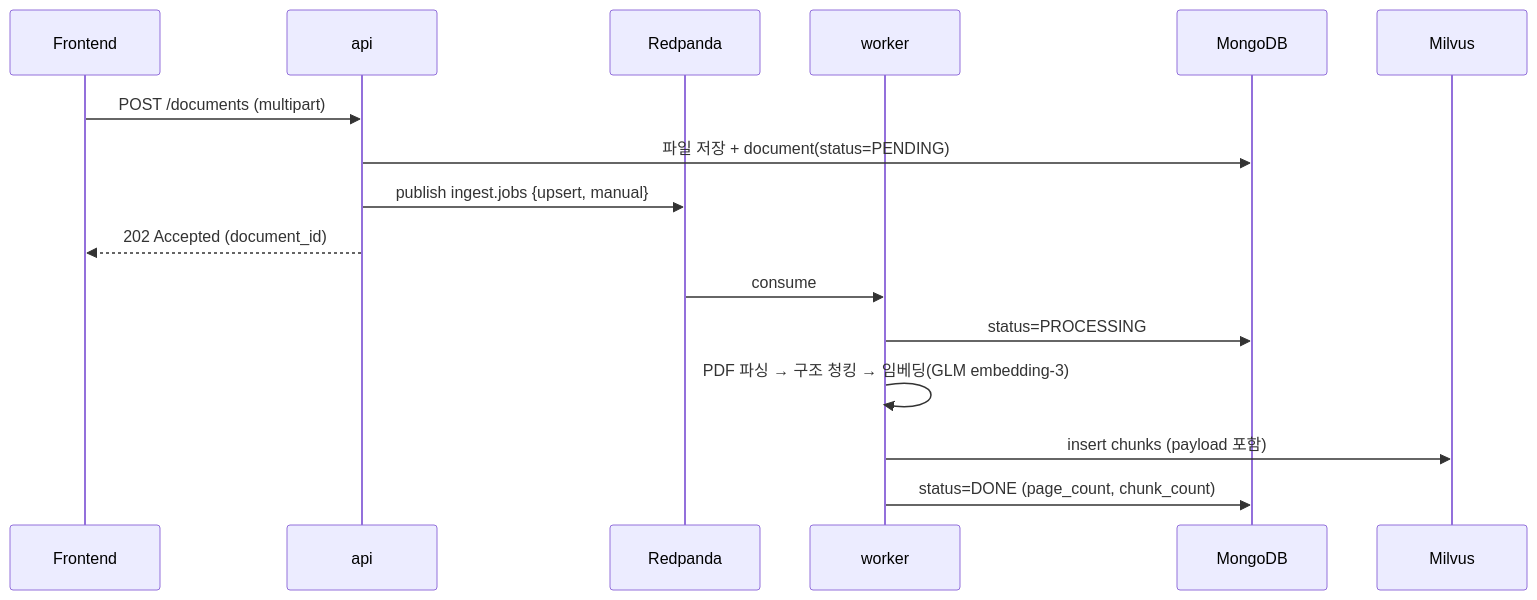
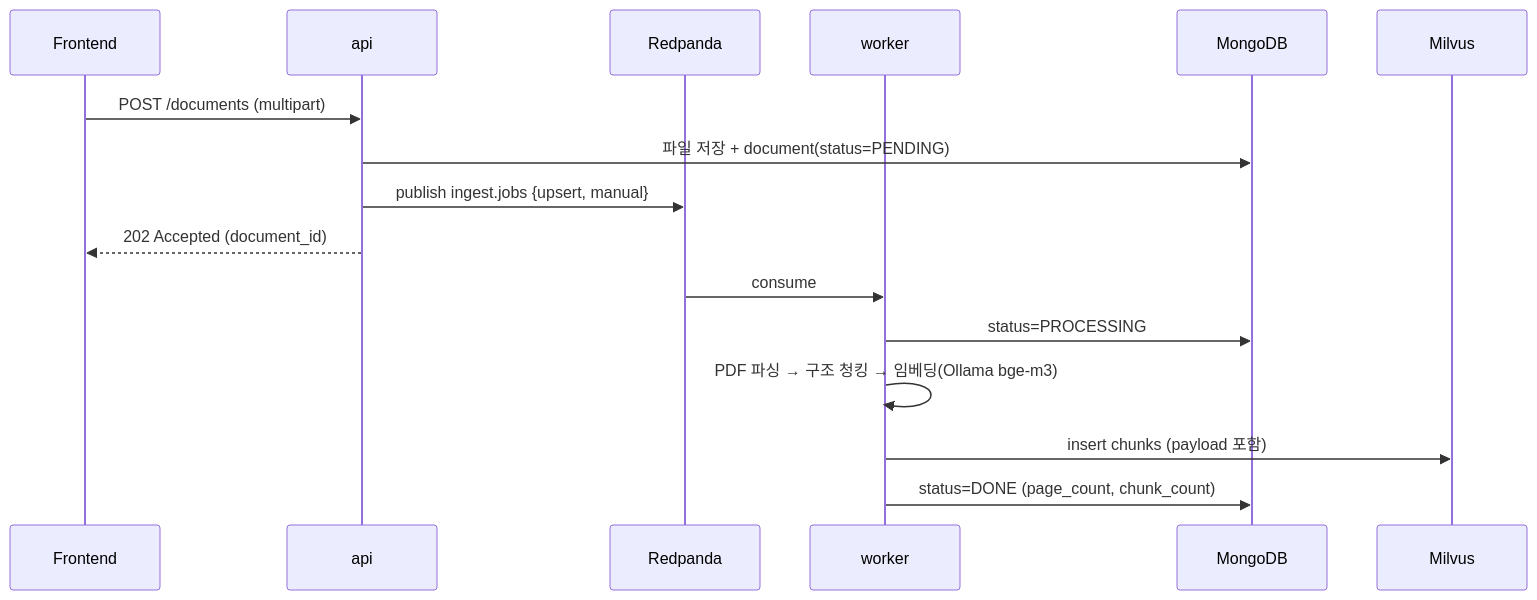
One commit to sosow0212/physical-ai-lab changed the second of 3 diagrams in docs/WORKPLAN.md. Above: the diagram before and after it, drawn with Mermaid. The commit also changed other lines of this file and 35 other files, not shown here.

````diff
--- a/docs/WORKPLAN.md
+++ b/docs/WORKPLAN.md
@@ -105,19 +101,19 @@
 ```mermaid
 sequenceDiagram
   participant UI as Frontend
   participant API as api
   participant K as Redpanda
   participant WK as worker
   participant M as MongoDB
   participant V as Milvus
 
   UI->>API: POST /documents (multipart)
   API->>M: 파일 저장 + document(status=PENDING)
   API->>K: publish ingest.jobs {upsert, manual}
   API-->>UI: 202 Accepted (document_id)
   K->>WK: consume
   WK->>M: status=PROCESSING
-  WK->>WK: PDF 파싱 → 구조 청킹 → 임베딩(GLM embedding-3)
+  WK->>WK: PDF 파싱 → 구조 청킹 → 임베딩(Ollama bge-m3)
   WK->>V: insert chunks (payload 포함)
   WK->>M: status=DONE (page_count, chunk_count)
 ```
````
